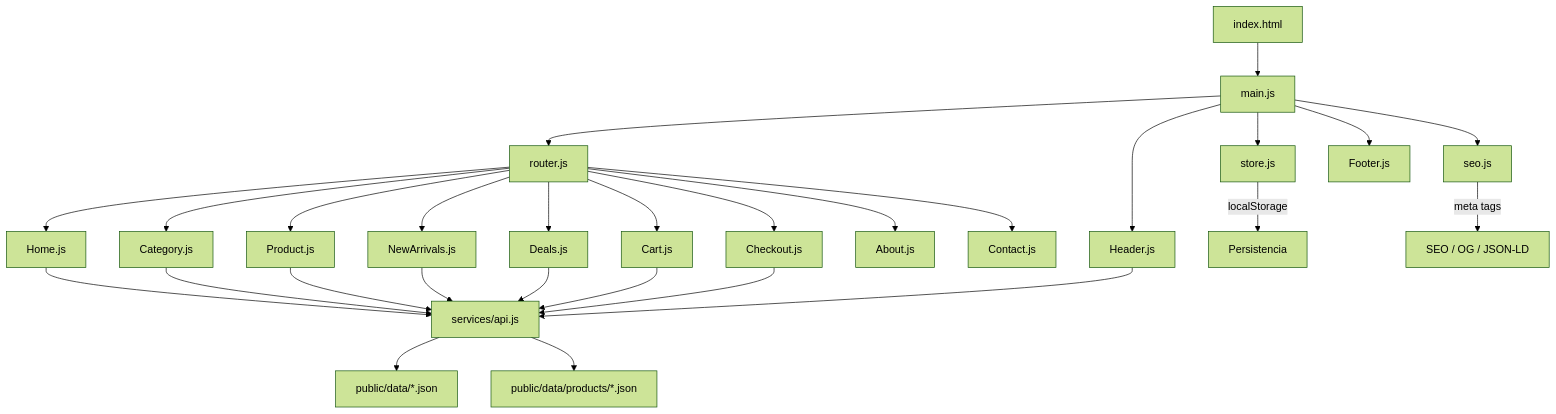
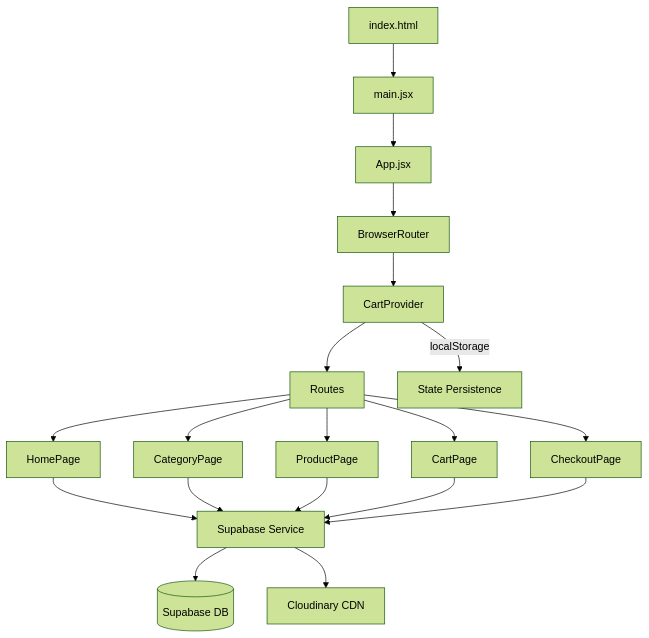
The diagram in README.md (FlorMabel/importaciones-goweb), drawn with Mermaid (forest theme) before and after one commit. The commit also changed other lines of this file and 19 other files, not shown here.

````diff
--- a/README.md
+++ b/README.md
@@ -104,35 +65,25 @@
 ```mermaid
 graph TD
-    A[index.html] --> B[main.js]
-    B --> C[router.js]
-    B --> D[store.js]
-    B --> E[seo.js]
+    A[index.html] --> B[main.jsx]
+    B --> C[App.jsx]
+    C --> D[BrowserRouter]
+    D --> E[CartProvider]
+    E --> F[Routes]
 
-    C --> F[Home.js]
-    C --> G[Category.js]
-    C --> H[Product.js]
-    C --> I[Cart.js]
-    C --> J[Checkout.js]
-    C --> NA[NewArrivals.js]
-    C --> DA[Deals.js]
-    C --> AB[About.js]
-    C --> CO[Contact.js]
+    F --> G[HomePage]
+    F --> H[CategoryPage]
+    F --> I[ProductPage]
+    F --> J[CartPage]
+    F --> K[CheckoutPage]
 
-    B --> K[Header.js]
-    B --> L[Footer.js]
+    G --> L[Supabase Service]
+    H --> L
+    I --> L
+    J --> L
+    K --> L
 
-    F --> M[services/api.js]
-    G --> M
-    H --> M
-    NA --> M
-    DA --> M
-    I --> M
-    J --> M
-    K --> M
+    L --> M[(Supabase DB)]
+    L --> N[Cloudinary CDN]
 
-    M --> P["public/data/*.json"]
-    M --> Q["public/data/products/*.json"]
-
-    D -->|localStorage| N["Persistencia"]
-    E -->|meta tags| O["SEO / OG / JSON-LD"]
+    E -->|localStorage| O[State Persistence]
 ```
````
